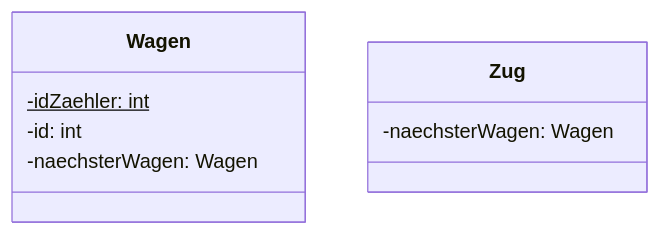
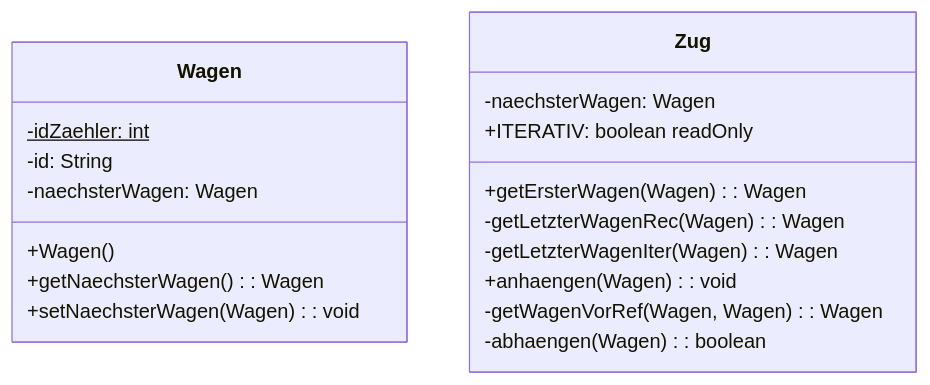
The diagram in src/aufgabe4/README.md (TomSoerr/programmiertechnik), drawn with Mermaid before and after one commit. The commit also changed 1 other file, not shown here.

Commit message:
Add comment and finish class diagram

````diff
--- a/src/aufgabe4/README.md
+++ b/src/aufgabe4/README.md
@@ -1,12 +1,22 @@
 ```mermaid
-
 classDiagram
 class Wagen{
 -idZaehler: int$
--id: int
+-id: String
 -naechsterWagen: Wagen
++Wagen()
++getNaechsterWagen(): Wagen
++setNaechsterWagen(Wagen): void
 }
+
 class Zug{
 -naechsterWagen: Wagen
++ITERATIV: boolean readOnly
++getErsterWagen(Wagen): Wagen
+-getLetzterWagenRec(Wagen): Wagen
+-getLetzterWagenIter(Wagen): Wagen
++anhaengen(Wagen): void
+-getWagenVorRef(Wagen, Wagen): Wagen
+-abhaengen(Wagen): boolean
 }
 ```
````
